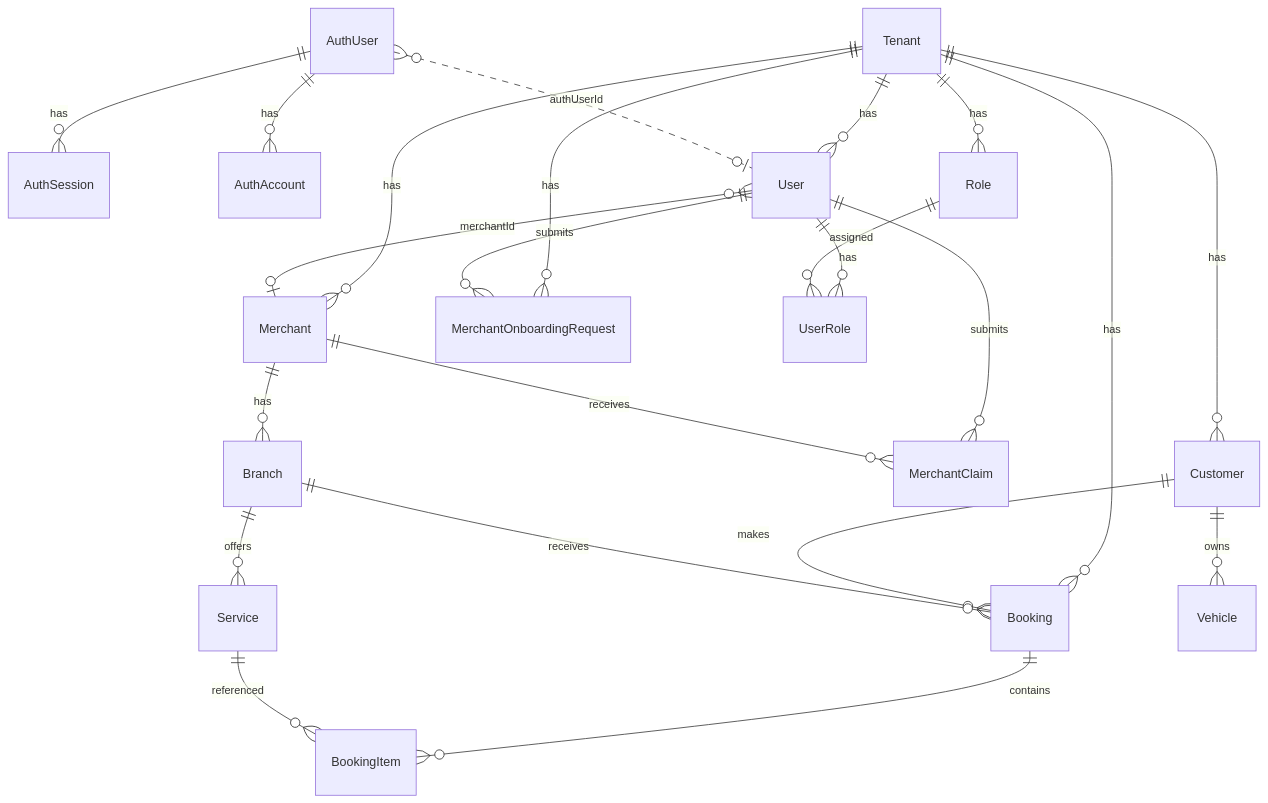
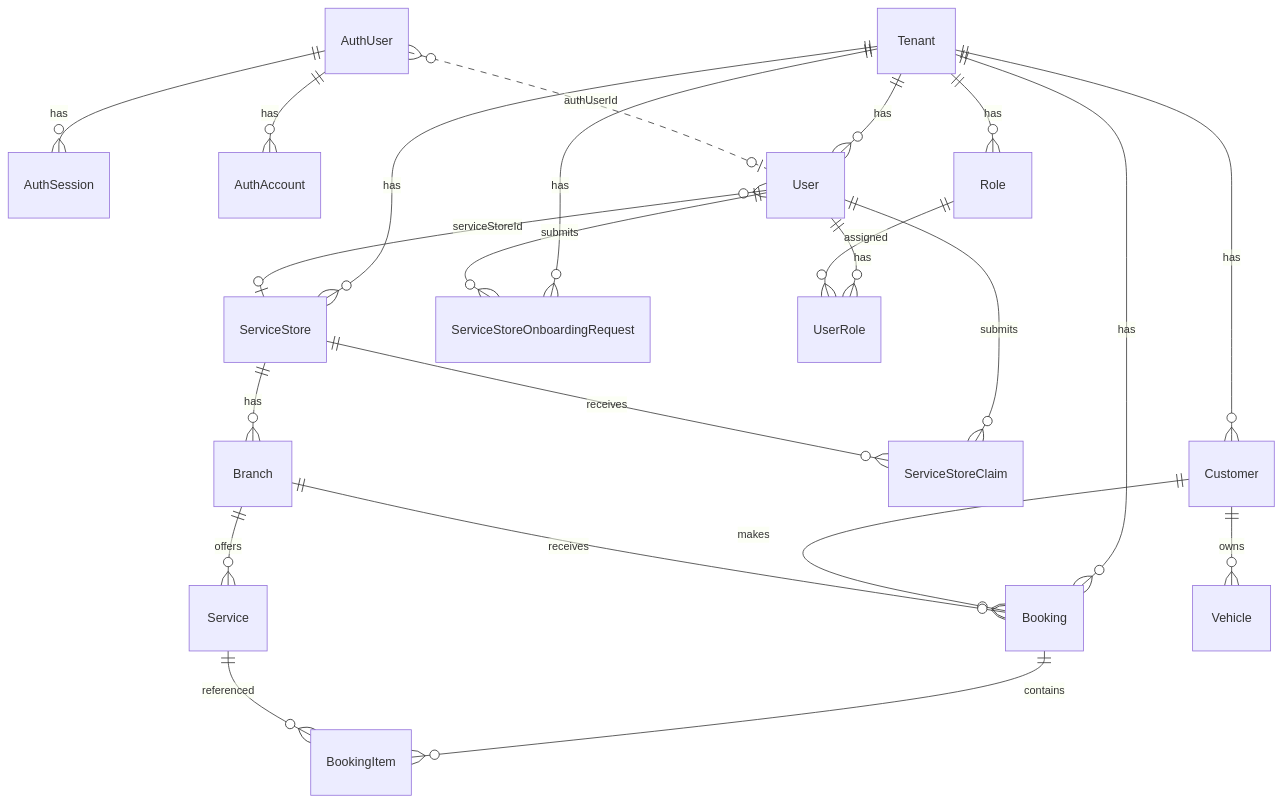
One commit to plc-r-dev/autohub changed the diagram in docs/architecture/database.md. Above: the diagram before and after it, drawn with Mermaid. The commit also changed other lines of this file and 286 other files, not shown here.

First line of the commit message:
refactor: complete merchant-to-ServiceStore rename and customer LIFF restructure

````diff
--- a/docs/architecture/database.md
+++ b/docs/architecture/database.md
@@ -25,38 +25,38 @@
 ```mermaid
 erDiagram
   %% Authentication Models
   AuthUser ||--o{ AuthSession : has
   AuthUser ||--o{ AuthAccount : has
 
   %% Tenant hierarchy
   Tenant ||--o{ User : has
   Tenant ||--o{ Role : has
-  Tenant ||--o{ Merchant : has
+  Tenant ||--o{ ServiceStore : has
   Tenant ||--o{ Customer : has
   Tenant ||--o{ Booking : has
-  Tenant ||--o{ MerchantOnboardingRequest : has
+  Tenant ||--o{ ServiceStoreOnboardingRequest : has
 
   %% User relationships
-  User }o--o| Merchant : "merchantId"
+  User }o--o| ServiceStore : "serviceStoreId"
   User ||--o{ UserRole : has
-  User ||--o{ MerchantClaim : submits
-  User ||--o{ MerchantOnboardingRequest : submits
+  User ||--o{ ServiceStoreClaim : submits
+  User ||--o{ ServiceStoreOnboardingRequest : submits
 
   %% RBAC
   Role ||--o{ UserRole : assigned
 
-  %% Merchant hierarchy
-  Merchant ||--o{ Branch : has
-  Merchant ||--o{ MerchantClaim : receives
+  %% ServiceStore hierarchy
+  ServiceStore ||--o{ Branch : has
+  ServiceStore ||--o{ ServiceStoreClaim : receives
   Branch ||--o{ Service : offers
 
   %% Booking
   Customer ||--o{ Vehicle : owns
   Customer ||--o{ Booking : makes
   Branch ||--o{ Booking : receives
   Booking ||--o{ BookingItem : contains
   Service ||--o{ BookingItem : referenced
 
   %% Identity link (logical, not FK)
   AuthUser }o..o| User : "authUserId"
 ```
````
